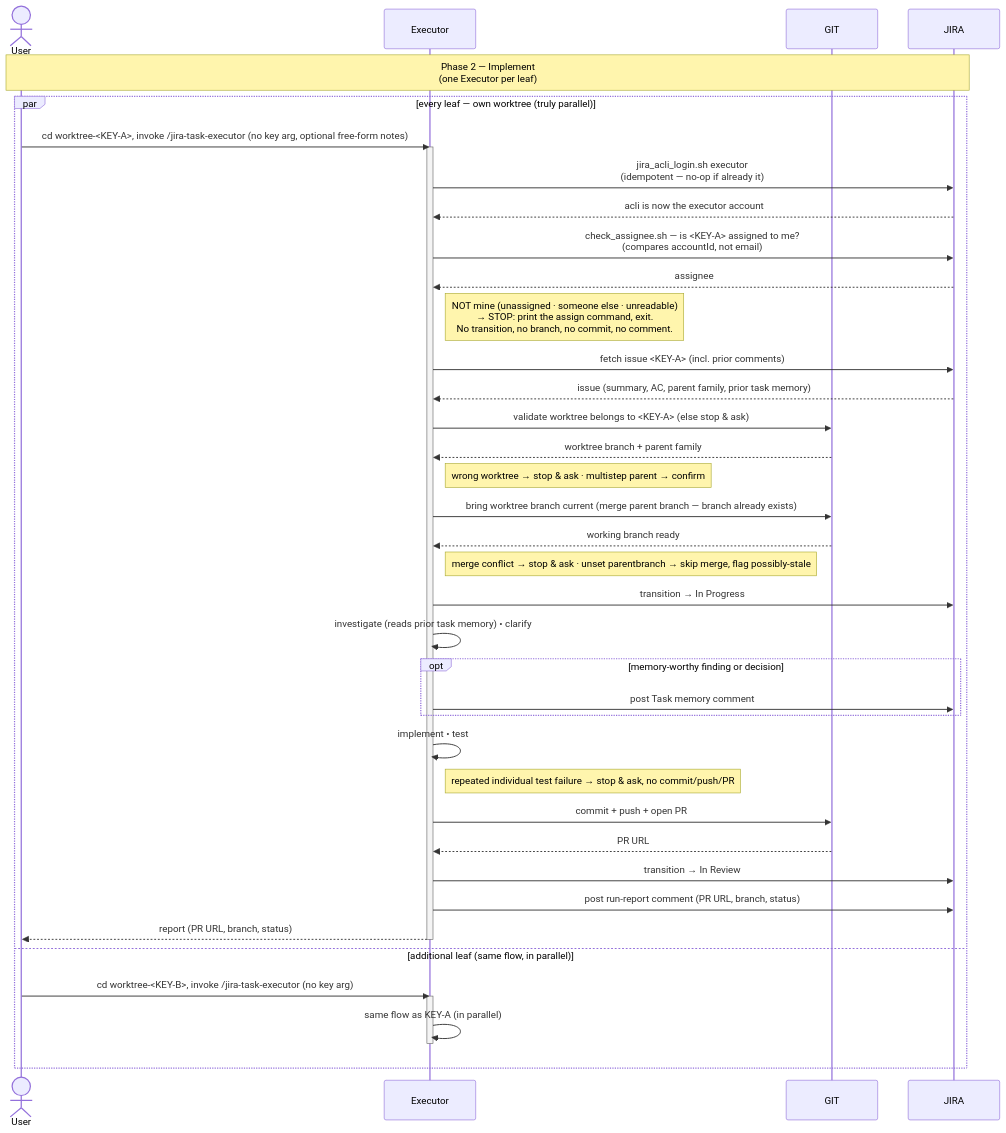
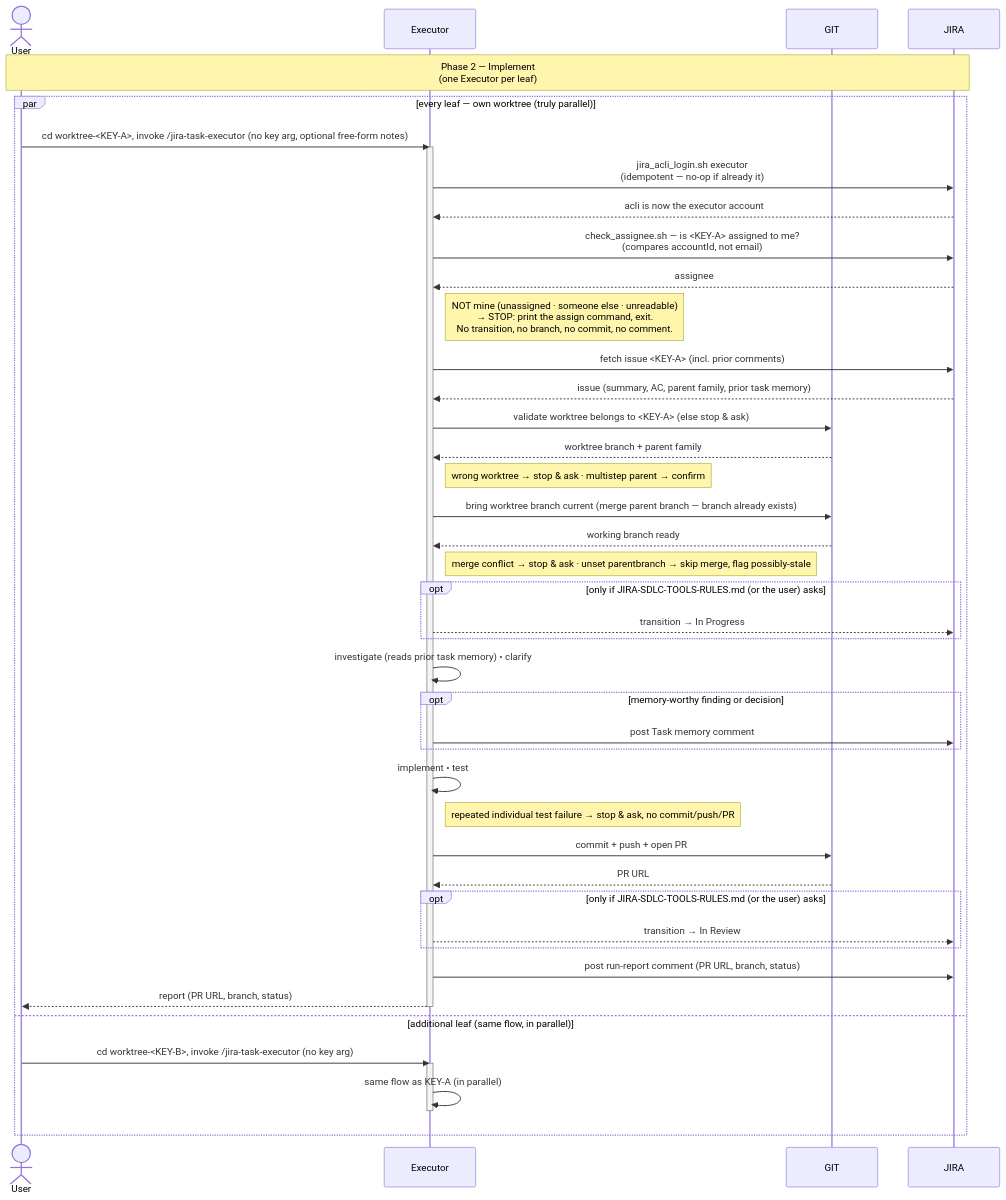
Before and after one commit to kantorv/jira-sdlc-tools: the diagram in plugins/jira-sdlc/docs/TASK-LIFECYCLE-PHASE-2.md, drawn with Mermaid. The commit also changed other lines of this file and 7 other files, not shown here.

````diff
--- a/plugins/jira-sdlc/docs/TASK-LIFECYCLE-PHASE-2.md
+++ b/plugins/jira-sdlc/docs/TASK-LIFECYCLE-PHASE-2.md
@@ -19,45 +19,49 @@
 ```mermaid
 sequenceDiagram
     actor User
     participant Executor
     participant GIT
     participant JIRA
 
     Note over User,JIRA: Phase 2 — Implement<br/>(one Executor per leaf)
 
     par every leaf — own worktree (truly parallel)
         User->>Executor: cd worktree-<KEY-A>, invoke /jira-task-executor (no key arg, optional free-form notes)
         activate Executor
         Executor->>JIRA: jira_acli_login.sh executor<br/>(idempotent — no-op if already it)
         JIRA-->>Executor: acli is now the executor account
         Executor->>JIRA: check_assignee.sh — is <KEY-A> assigned to me?<br/>(compares accountId, not email)
         JIRA-->>Executor: assignee
         Note right of Executor: NOT mine (unassigned · someone else · unreadable)<br/>→ STOP: print the assign command, exit.<br/>No transition, no branch, no commit, no comment.
         Executor->>JIRA: fetch issue <KEY-A> (incl. prior comments)
         JIRA-->>Executor: issue (summary, AC, parent family, prior task memory)
         Executor->>GIT: validate worktree belongs to <KEY-A> (else stop & ask)
         GIT-->>Executor: worktree branch + parent family
         Note right of Executor: wrong worktree → stop & ask · multistep parent → confirm
         Executor->>GIT: bring worktree branch current (merge parent branch — branch already exists)
         GIT-->>Executor: working branch ready
         Note right of Executor: merge conflict → stop & ask · unset parentbranch → skip merge, flag possibly-stale
-        Executor->>JIRA: transition → In Progress
+        opt only if JIRA-SDLC-TOOLS-RULES.md (or the user) asks
+            Executor-->>JIRA: transition → In Progress
+        end
         Executor->>Executor: investigate (reads prior task memory) • clarify
         opt memory-worthy finding or decision
             Executor->>JIRA: post Task memory comment
         end
         Executor->>Executor: implement • test
         Note right of Executor: repeated individual test failure → stop & ask, no commit/push/PR
         Executor->>GIT: commit + push + open PR
         GIT-->>Executor: PR URL
-        Executor->>JIRA: transition → In Review
+        opt only if JIRA-SDLC-TOOLS-RULES.md (or the user) asks
+            Executor-->>JIRA: transition → In Review
+        end
         Executor->>JIRA: post run-report comment (PR URL, branch, status)
         Executor-->>User: report (PR URL, branch, status)
         deactivate Executor
     and additional leaf (same flow, in parallel)
         User->>Executor: cd worktree-<KEY-B>, invoke /jira-task-executor (no key arg)
         activate Executor
         Executor->>Executor: same flow as KEY-A (in parallel)
         deactivate Executor
     end
 ```
````
